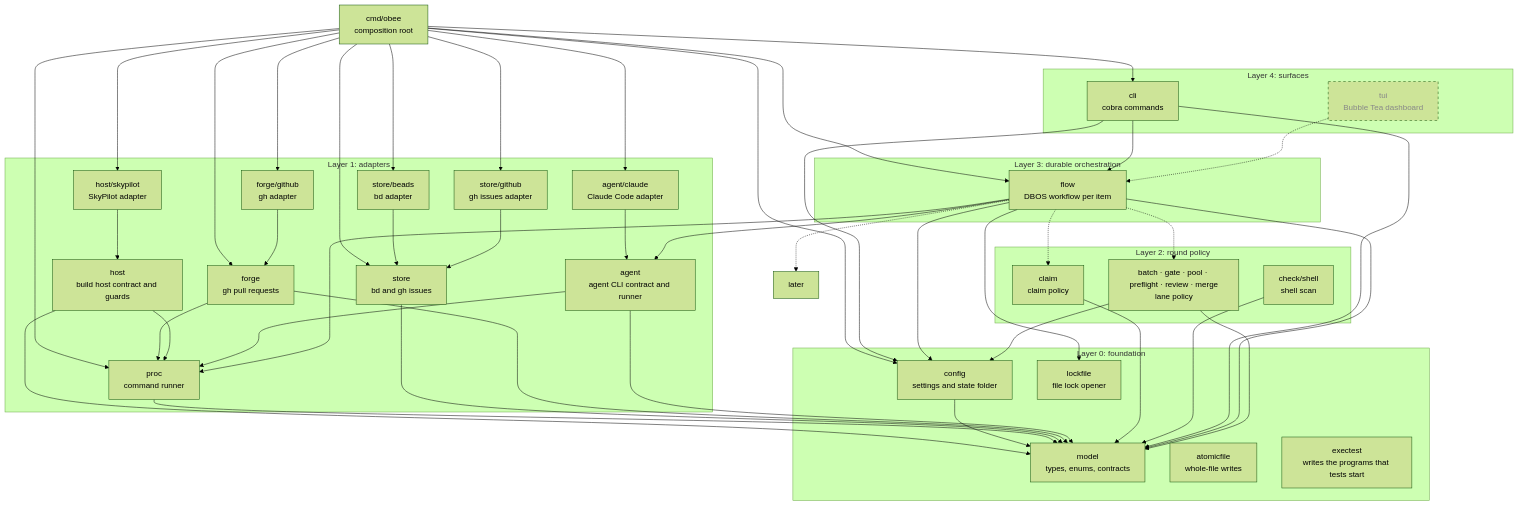
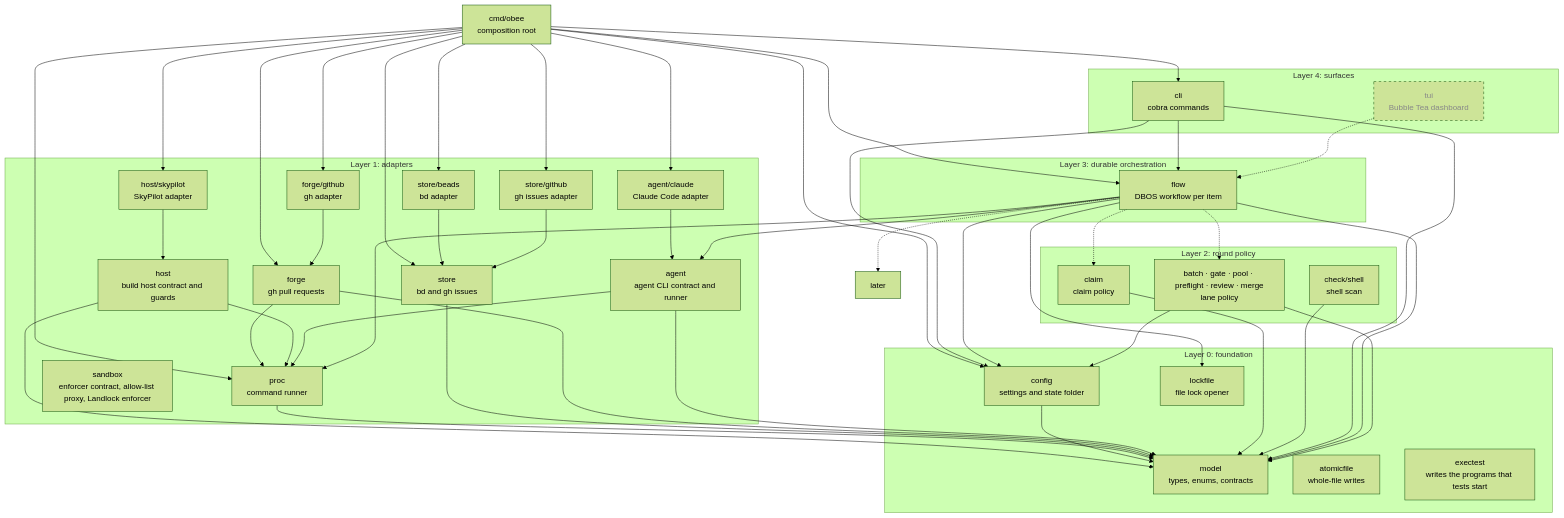
One commit to tobocop2/beehave changed the first of 3 diagrams in docs/architecture.md. Above: the diagram before and after it, drawn with Mermaid (forest theme). The commit also changed other lines of this file and 46 other files, not shown here.

```diff
--- a/docs/architecture.md
+++ b/docs/architecture.md
@@ -141,6 +141,7 @@
         proc["proc<br/>command runner"]
         host["host<br/>build host contract and guards"]
         skypilot["host/skypilot<br/>SkyPilot adapter"]
+        sandbox["sandbox<br/>enforcer contract, allow-list proxy, Landlock enforcer"]
     end
 
     subgraph L0["Layer 0: foundation"]
```
